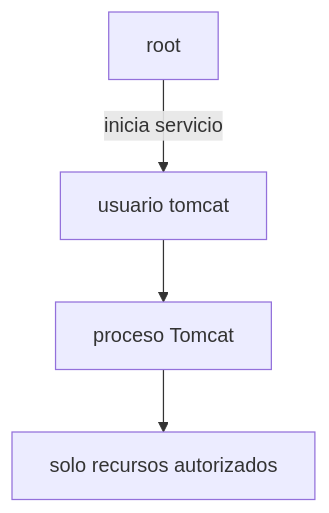
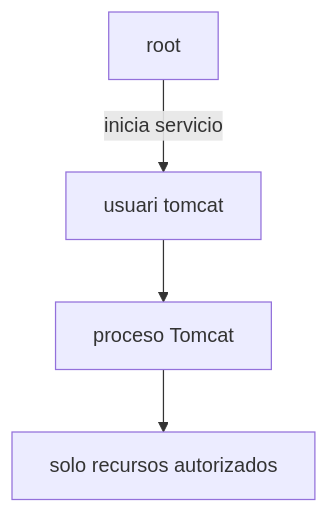
One commit to jordicido/jordicina changed the first of 3 diagrams in docs/daw-daw/up3/06-ajustes-despliegue.md. Above: the diagram before and after it, drawn with Mermaid. The commit also changed other lines of this file and 10 other files, not shown here.

````diff
--- a/docs/daw-daw/up3/06-ajustes-despliegue.md
+++ b/docs/daw-daw/up3/06-ajustes-despliegue.md
@@ -245,6 +245,6 @@
 ```mermaid
 flowchart TD
-    R["root"] -->|"inicia servicio"| T["usuario tomcat"]
+    R["root"] -->|"inicia servicio"| T["usuari tomcat"]
     T --> A["proceso Tomcat"]
     A --> F["solo recursos autorizados"]
 ```
````
